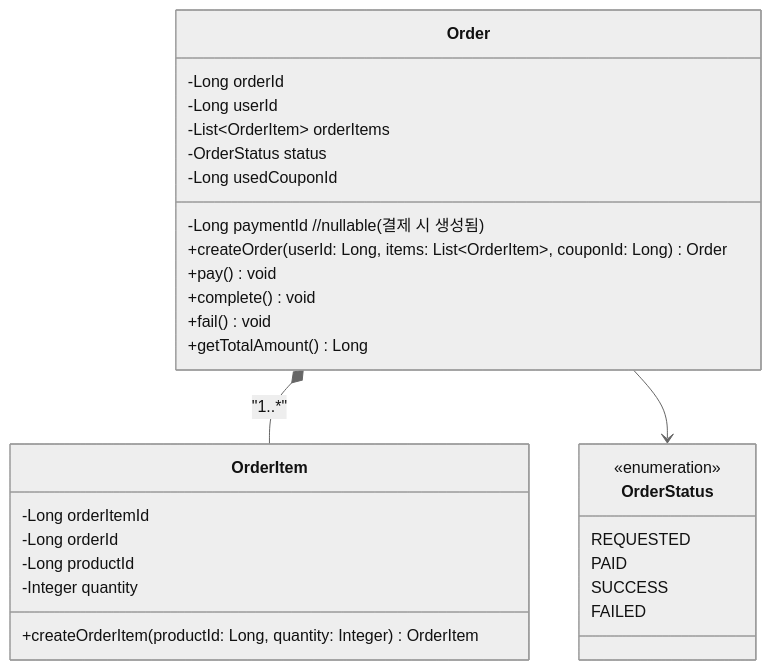
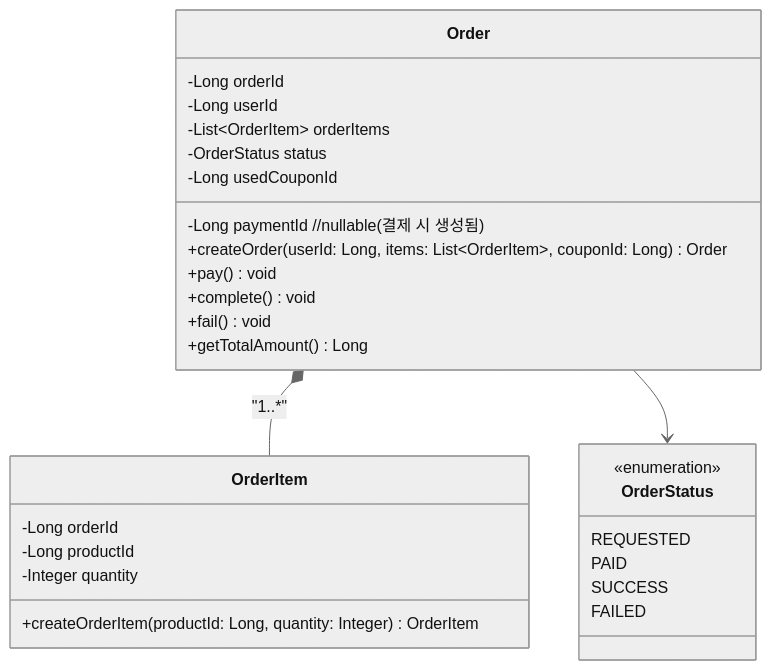
Before and after one commit to lostcatbox/e-commerce-order-service: the third of 6 diagrams in docs/ClassDiagrams.md, drawn with Mermaid (neutral theme). The commit also changed 1 other file, not shown here.

Commit message:
[docs] 주문 아이템 VO로 선언(orderItemId 제거) 및 ClassDiagrams.md, ERD.md 수정 - 주문이 일어나야지만, 주문 아이템도 생성되며, 식별자가 필요없다고 생각해서 VO로 변경

````diff
--- a/docs/ClassDiagrams.md
+++ b/docs/ClassDiagrams.md
@@ -30,36 +30,35 @@
 ```mermaid
 classDiagram
     class Order {
         -Long orderId
         -Long userId
         -Long paymentId //nullable(결제 시 생성됨)
         -List~OrderItem~ orderItems
         -OrderStatus status
         -Long usedCouponId
         +createOrder(userId: Long, items: List~OrderItem~, couponId: Long) Order
         +pay() void
         +complete() void
         +fail() void
         +getTotalAmount() Long
     }
 
     class OrderItem {
-        -Long orderItemId
         -Long orderId
         -Long productId
         -Integer quantity
         +createOrderItem(productId: Long, quantity: Integer) OrderItem
     }
 
     class OrderStatus {
         <<enumeration>>
         REQUESTED
         PAID
         SUCCESS
         FAILED
     }
 
     Order *-- OrderItem : "1..*"
     Order --> OrderStatus
 
 ```
````
